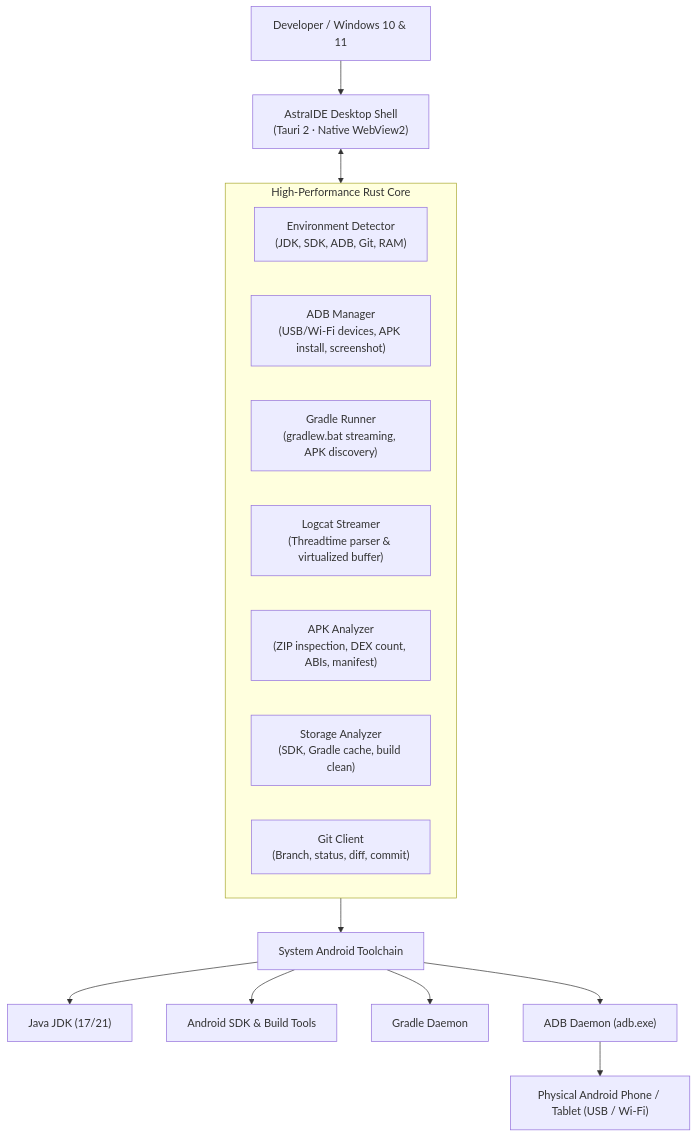
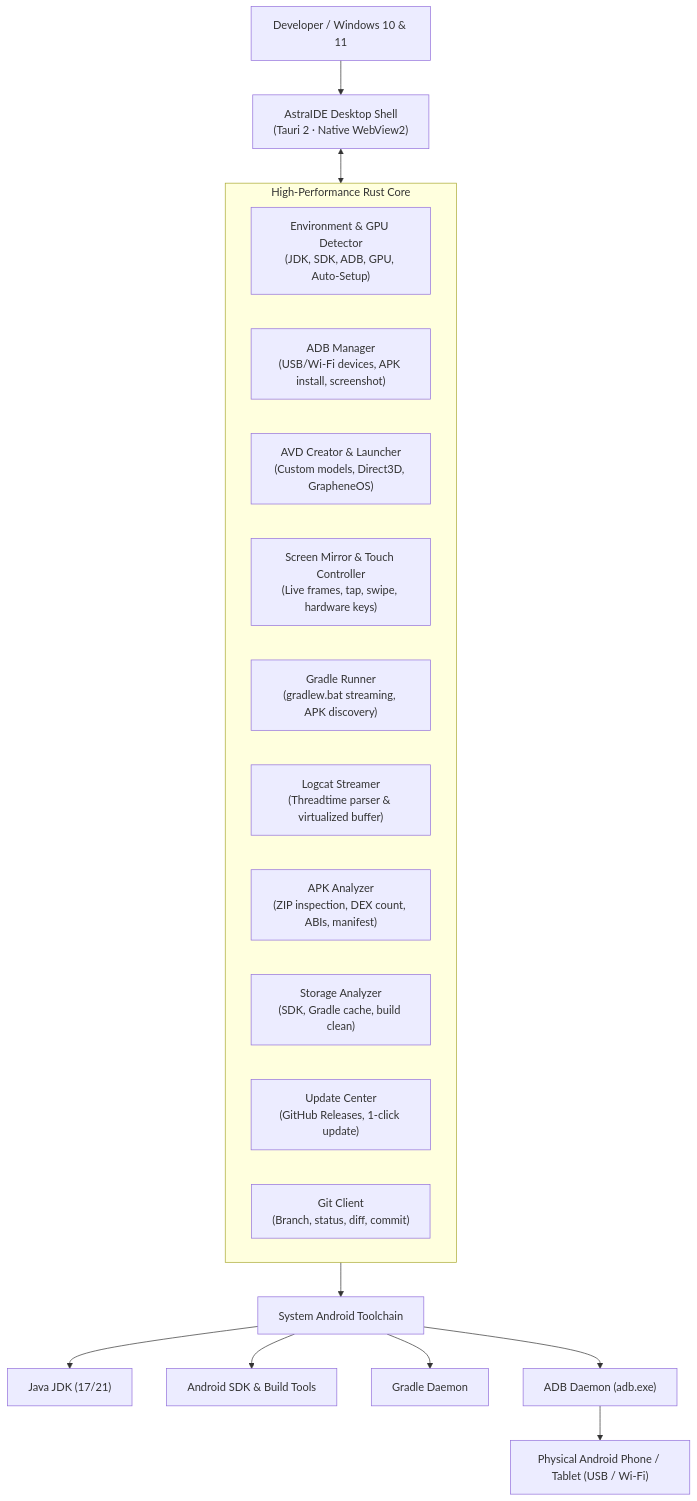
Before and after one commit to jojin1709/AstraIDE: the diagram in README.md, drawn with Mermaid. The commit also changed other lines of this file, not shown here.

Commit message:
docs: update README with AVD creator, screen mirror, and auto-setup features

````diff
--- a/README.md
+++ b/README.md
@@ -188,24 +192,27 @@
 ```mermaid
 flowchart TD
     DEV["Developer / Windows 10 & 11"] --> SHELL["AstraIDE Desktop Shell<br/>(Tauri 2 · Native WebView2)"]
 
     subgraph RUST["High-Performance Rust Core"]
-        ENV["Environment Detector<br/>(JDK, SDK, ADB, Git, RAM)"]
+        ENV["Environment & GPU Detector<br/>(JDK, SDK, ADB, GPU, Auto-Setup)"]
         ADB["ADB Manager<br/>(USB/Wi-Fi devices, APK install, screenshot)"]
+        AVD["AVD Creator & Launcher<br/>(Custom models, Direct3D, GrapheneOS)"]
+        MIRROR["Screen Mirror & Touch Controller<br/>(Live frames, tap, swipe, hardware keys)"]
         GRADLE["Gradle Runner<br/>(gradlew.bat streaming, APK discovery)"]
         LOGCAT["Logcat Streamer<br/>(Threadtime parser & virtualized buffer)"]
         APK["APK Analyzer<br/>(ZIP inspection, DEX count, ABIs, manifest)"]
         STORAGE["Storage Analyzer<br/>(SDK, Gradle cache, build clean)"]
+        UPDATER["Update Center<br/>(GitHub Releases, 1-click update)"]
         GIT["Git Client<br/>(Branch, status, diff, commit)"]
     end
 
     SHELL <--> RUST
 
     RUST --> TOOLCHAIN["System Android Toolchain"]
     TOOLCHAIN --> J["Java JDK (17/21)"]
     TOOLCHAIN --> S["Android SDK & Build Tools"]
     TOOLCHAIN --> G["Gradle Daemon"]
     TOOLCHAIN --> A["ADB Daemon (adb.exe)"]
 
     A --> HARDWARE["Physical Android Phone / Tablet (USB / Wi-Fi)"]
 ```
````
